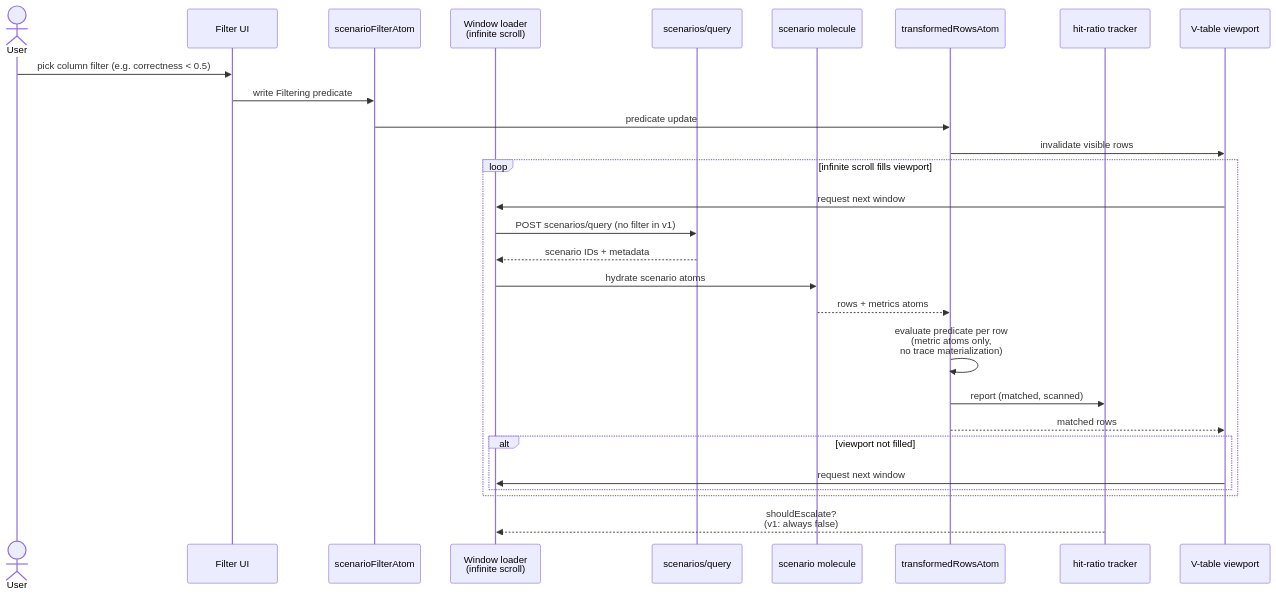
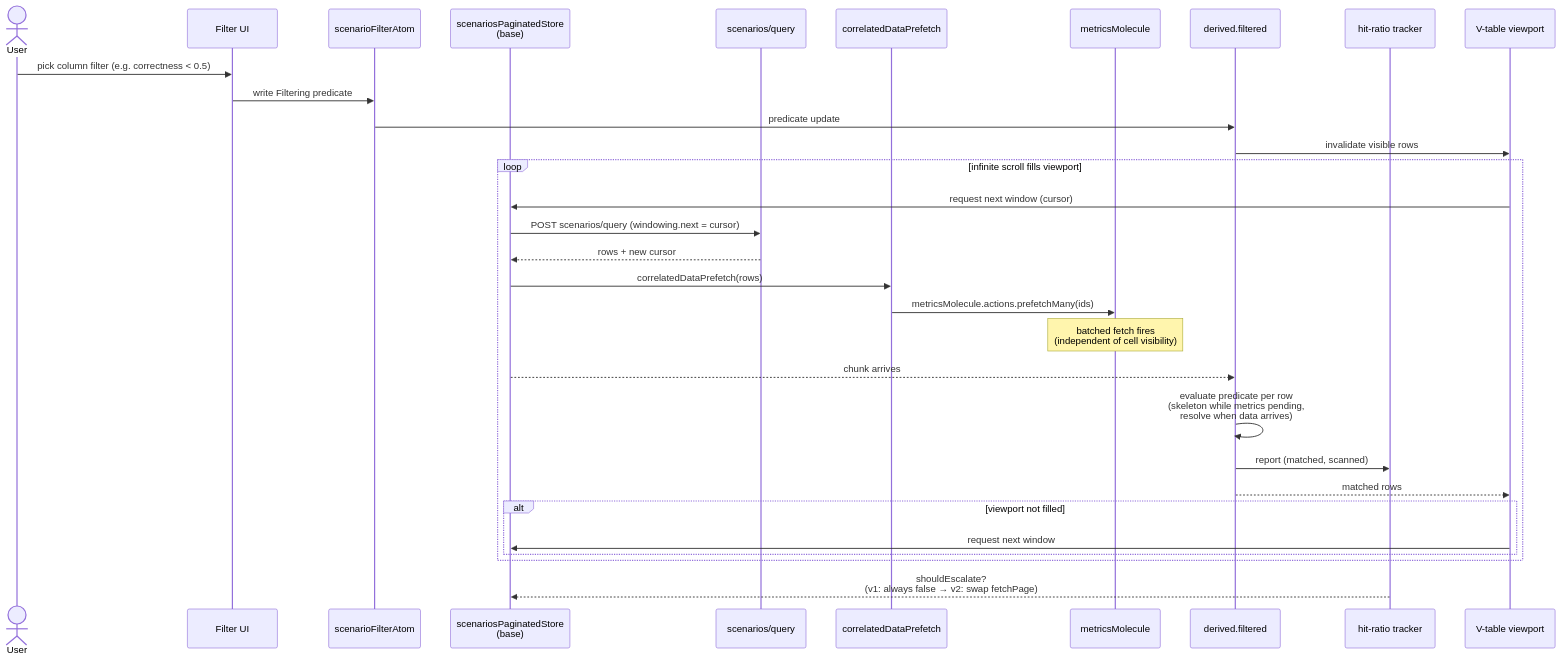
The third of 10 diagrams in docs/designs/eval-filtering.md (Agenta-AI/agenta), drawn with Mermaid before and after one commit. The commit also changed other lines of this file and 2 other files, not shown here.

````diff
--- a/docs/designs/eval-filtering.md
+++ b/docs/designs/eval-filtering.md
@@ -139,33 +141,36 @@
 ```mermaid
 sequenceDiagram
     actor User
     participant UI as Filter UI
     participant FA as scenarioFilterAtom
-    participant Win as Window loader<br/>(infinite scroll)
+    participant Base as scenariosPaginatedStore<br/>(base)
     participant API as scenarios/query
-    participant Mol as scenario molecule
-    participant Tx as transformedRowsAtom
+    participant Prefetch as correlatedDataPrefetch
+    participant MM as metricsMolecule
+    participant DF as derived.filtered
     participant HR as hit-ratio tracker
     participant VT as V-table viewport
 
     User->>UI: pick column filter (e.g. correctness < 0.5)
     UI->>FA: write Filtering predicate
-    FA->>Tx: predicate update
-    Tx->>VT: invalidate visible rows
+    FA->>DF: predicate update
+    DF->>VT: invalidate visible rows
 
     loop infinite scroll fills viewport
-        VT->>Win: request next window
-        Win->>API: POST scenarios/query (no filter in v1)
-        API-->>Win: scenario IDs + metadata
-        Win->>Mol: hydrate scenario atoms
-        Mol-->>Tx: rows + metrics atoms
-        Tx->>Tx: evaluate predicate per row<br/>(metric atoms only,<br/>no trace materialization)
-        Tx->>HR: report (matched, scanned)
-        Tx-->>VT: matched rows
+        VT->>Base: request next window (cursor)
+        Base->>API: POST scenarios/query (windowing.next = cursor)
+        API-->>Base: rows + new cursor
+        Base->>Prefetch: correlatedDataPrefetch(rows)
+        Prefetch->>MM: metricsMolecule.actions.prefetchMany(ids)
+        Note over MM: batched fetch fires<br/>(independent of cell visibility)
+        Base-->>DF: chunk arrives
+        DF->>DF: evaluate predicate per row<br/>(skeleton while metrics pending,<br/>resolve when data arrives)
+        DF->>HR: report (matched, scanned)
+        DF-->>VT: matched rows
         alt viewport not filled
-            VT->>Win: request next window
+            VT->>Base: request next window
         end
     end
 
-    HR-->>Win: shouldEscalate?<br/>(v1: always false)
+    HR-->>Base: shouldEscalate?<br/>(v1: always false → v2: swap fetchPage)
 ```
````
